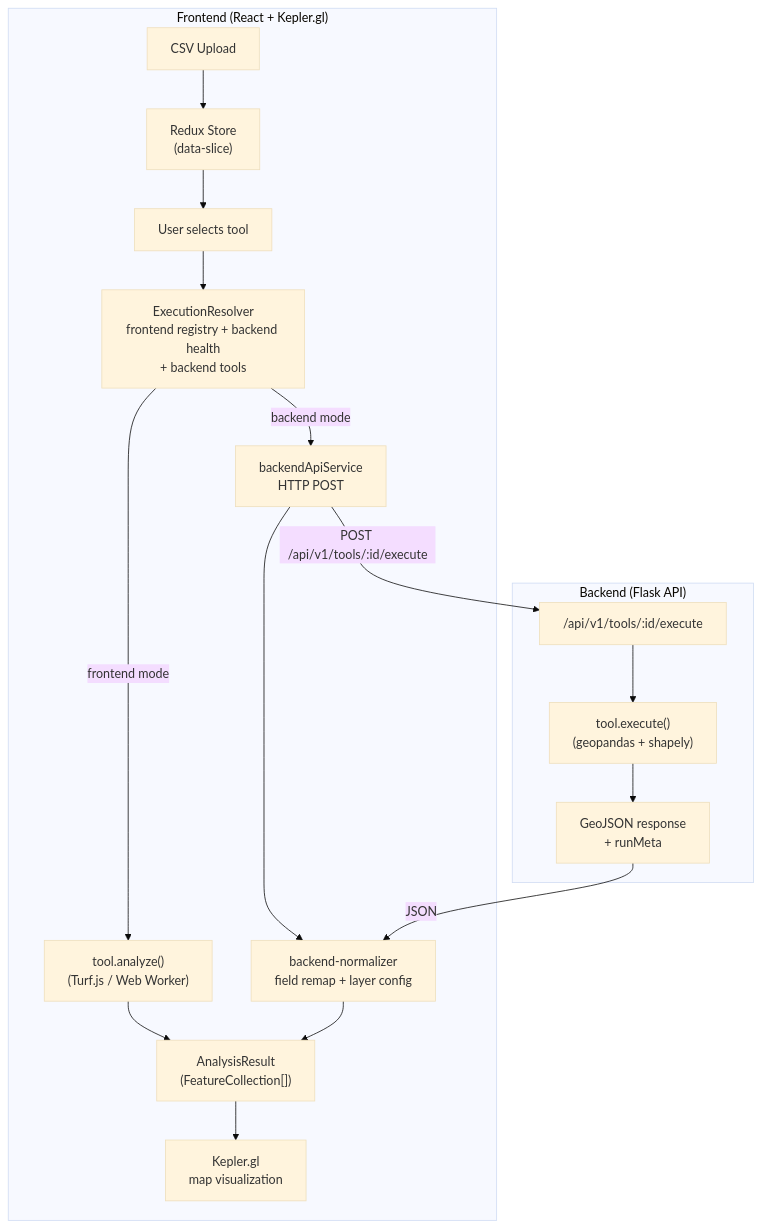
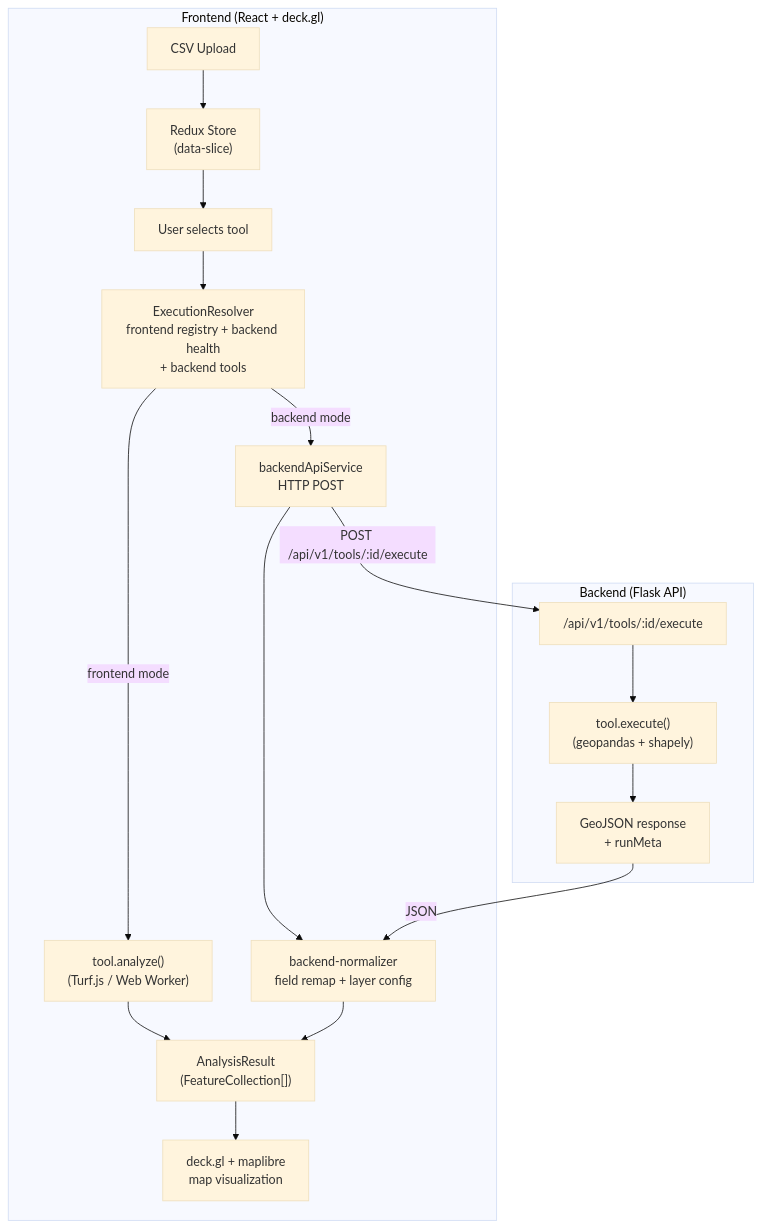
The diagram in README.md (WYZDevin/time-geography-kepler), drawn with Mermaid (base theme) before and after one commit. The commit also changed other lines of this file and 20 other files, not shown here.

````diff
--- a/README.md
+++ b/README.md
@@ -9,24 +11,24 @@
 ```mermaid
 flowchart TD
-    subgraph Frontend ["Frontend (React + Kepler.gl)"]
+    subgraph Frontend ["Frontend (React + deck.gl)"]
         CSV["CSV Upload"] --> Redux["Redux Store\n(data-slice)"]
         Redux --> ToolSelect["User selects tool"]
         ToolSelect --> Resolver["ExecutionResolver\nfrontend registry + backend health\n+ backend tools"]
 
         Resolver -->|frontend mode| FE["tool.analyze()\n(Turf.js / Web Worker)"]
         Resolver -->|backend mode| API["backendApiService\nHTTP POST"]
 
         FE --> Results["AnalysisResult\n(FeatureCollection[])"]
         API --> Norm["backend-normalizer\nfield remap + layer config"]
         Norm --> Results
-        Results --> Kepler["Kepler.gl\nmap visualization"]
+        Results --> DeckMap["deck.gl + maplibre\nmap visualization"]
     end
 
     subgraph Backend ["Backend (Flask API)"]
         Flask["/api/v1/tools/:id/execute"] --> Tool["tool.execute()\n(geopandas + shapely)"]
         Tool --> GeoJSON["GeoJSON response\n+ runMeta"]
     end
 
     API -->|"POST /api/v1/tools/:id/execute"| Flask
     GeoJSON -->|JSON| Norm
 ```
````
